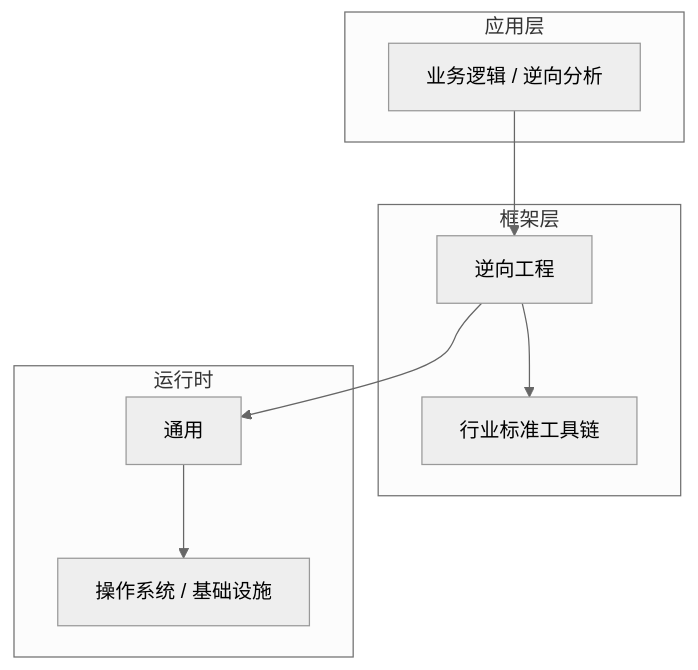
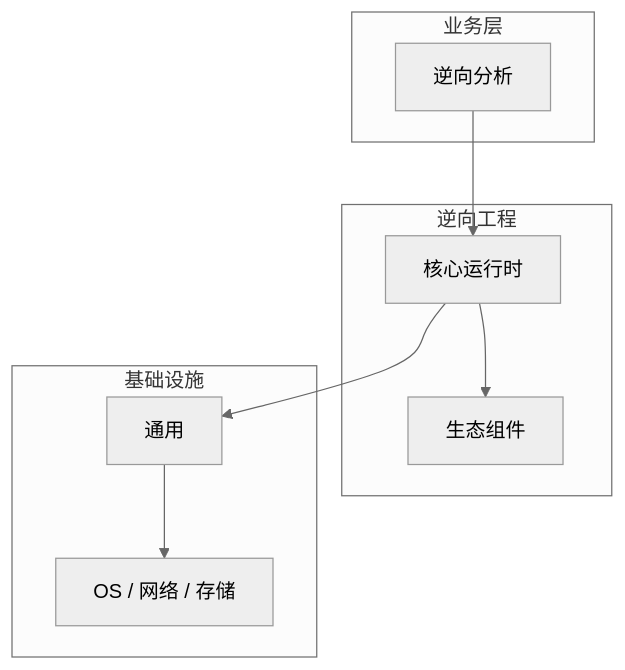
The diagram in articles/逆向工程/chapters/071-逆向分析核心概念与原理.md (yanggan2015/knowledge-json-v2), drawn with Mermaid (neutral theme) before and after one commit. The commit also changed other lines of this file and 10127 other files, not shown here.

````diff
--- a/articles/逆向工程/chapters/071-逆向分析核心概念与原理.md
+++ b/articles/逆向工程/chapters/071-逆向分析核心概念与原理.md
@@ -46,18 +31,18 @@
 ```mermaid
 graph TB
-    subgraph 应用层
-        A[业务逻辑 / 逆向分析]
+    subgraph 业务层
+        A[逆向分析]
     end
-    subgraph 框架层
-        B[逆向工程]
-        C[行业标准工具链]
+    subgraph 逆向工程
+        B[核心运行时]
+        C[生态组件]
     end
-    subgraph 运行时
+    subgraph 基础设施
         D[通用]
-        E[操作系统 / 基础设施]
+        E[OS / 网络 / 存储]
     end
     A --> B
     B --> C
     B --> D
     D --> E
 ```
````
